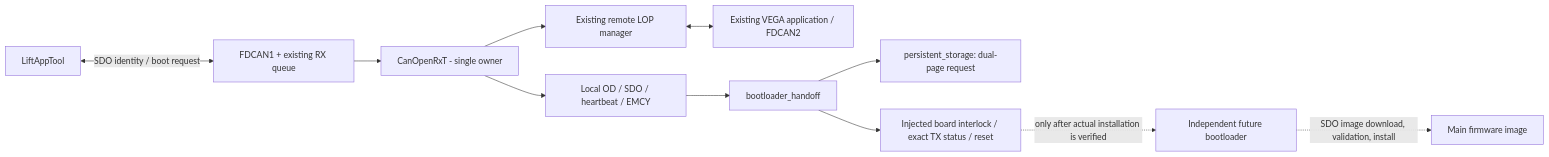
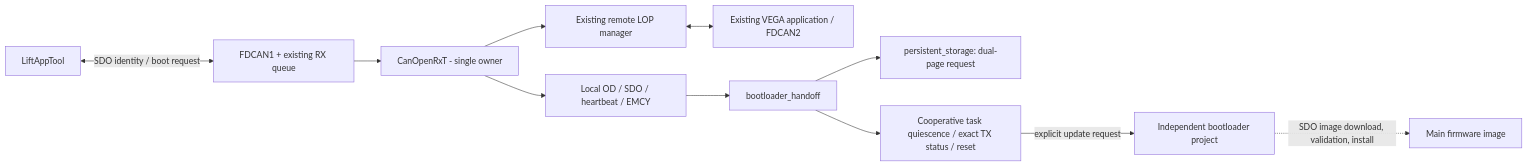
The first of 3 diagrams in CANOPEN_INTEGRATION.md (MateuszTarka00/VEGA_CANOPEN_TRANSLATOR_STM32), drawn with Mermaid before and after one commit. The commit also changed other lines of this file and 7 other files, not shown here.

````diff
--- a/CANOPEN_INTEGRATION.md
+++ b/CANOPEN_INTEGRATION.md
@@ -63,13 +75,13 @@
 ```mermaid
 flowchart LR
     TOOL[LiftAppTool] <-->|SDO identity / boot request| CAN[FDCAN1 + existing RX queue]
     CAN --> RX[CanOpenRxT - single owner]
     RX --> LOCAL[Local OD / SDO / heartbeat / EMCY]
     RX --> LOP[Existing remote LOP manager]
     LOP <--> VEGA[Existing VEGA application / FDCAN2]
     LOCAL --> HANDOFF[bootloader_handoff]
     HANDOFF --> JOURNAL[persistent_storage: dual-page request]
-    HANDOFF --> PORT[Injected board interlock / exact TX status / reset]
-    PORT -.->|only after actual installation is verified| BOOT[Independent future bootloader]
+    HANDOFF --> PORT[Cooperative task quiescence / exact TX status / reset]
+    PORT -->|explicit update request| BOOT[Independent bootloader project]
     BOOT -.->|SDO image download, validation, install| IMAGE[Main firmware image]
 ```
````
